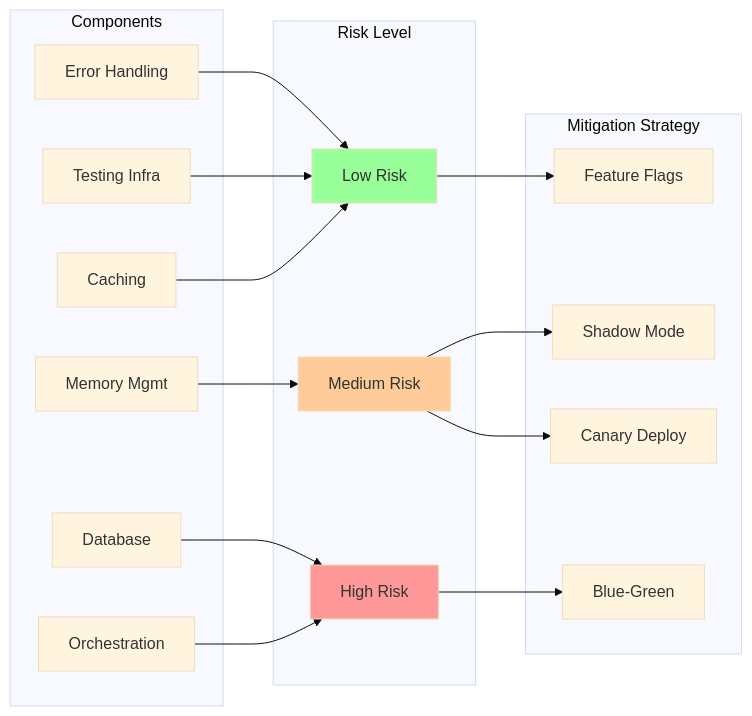
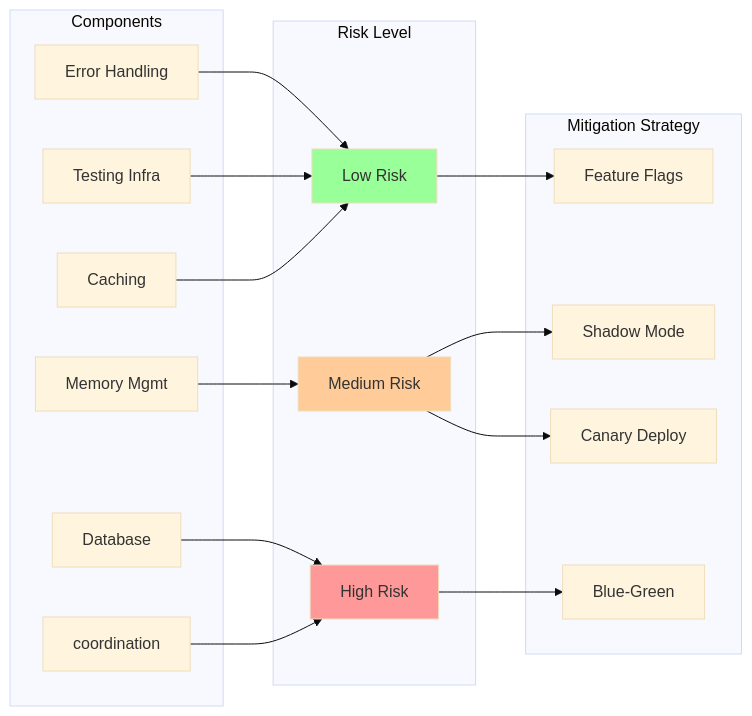
One commit to ai-cherry/orchestra-main changed the second of 2 diagrams in REFACTORING_DEPENDENCY_GRAPH.md. Above: the diagram before and after it, drawn with Mermaid (base theme). The commit also changed other lines of this file and 1542 other files, not shown here.

````diff
--- a/REFACTORING_DEPENDENCY_GRAPH.md
+++ b/REFACTORING_DEPENDENCY_GRAPH.md
@@ -177,33 +177,33 @@
 ```mermaid
 graph LR
     subgraph "Risk Level"
         R1[Low Risk]
         R2[Medium Risk]
         R3[High Risk]
     end
     
     subgraph "Mitigation Strategy"
         M1[Feature Flags]
         M2[Shadow Mode]
         M3[Canary Deploy]
         M4[Blue-Green]
     end
     
     subgraph "Components"
         C1[Error Handling] --> R1
         C2[Testing Infra] --> R1
         C3[Caching] --> R1
         C4[Memory Mgmt] --> R2
         C5[Database] --> R3
-        C6[Orchestration] --> R3
+        C6[coordination] --> R3
     end
     
     R1 --> M1
     R2 --> M2
     R2 --> M3
     R3 --> M4
     
     style R3 fill:#ff9999
     style R2 fill:#ffcc99
     style R1 fill:#99ff99
 ```
````
